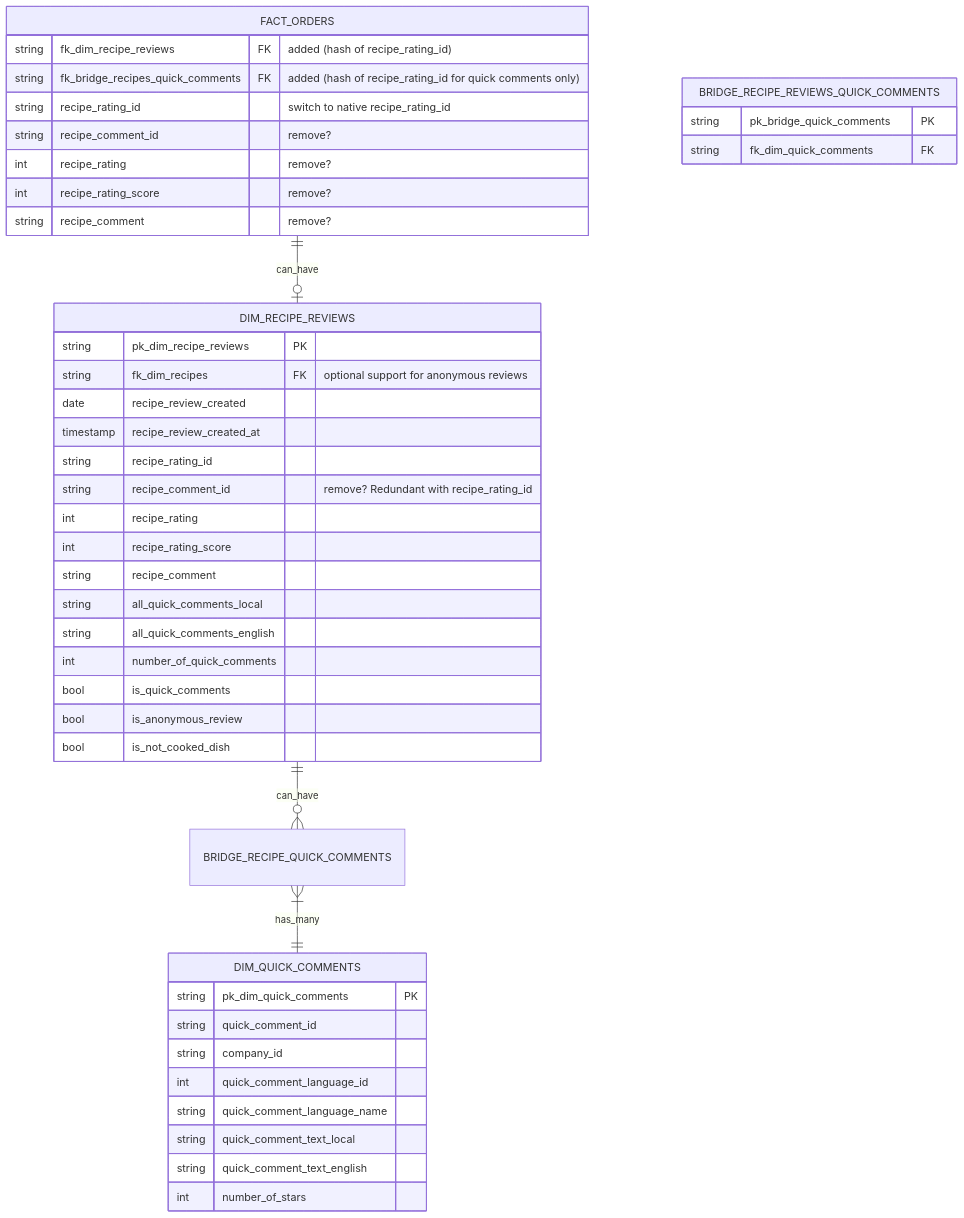
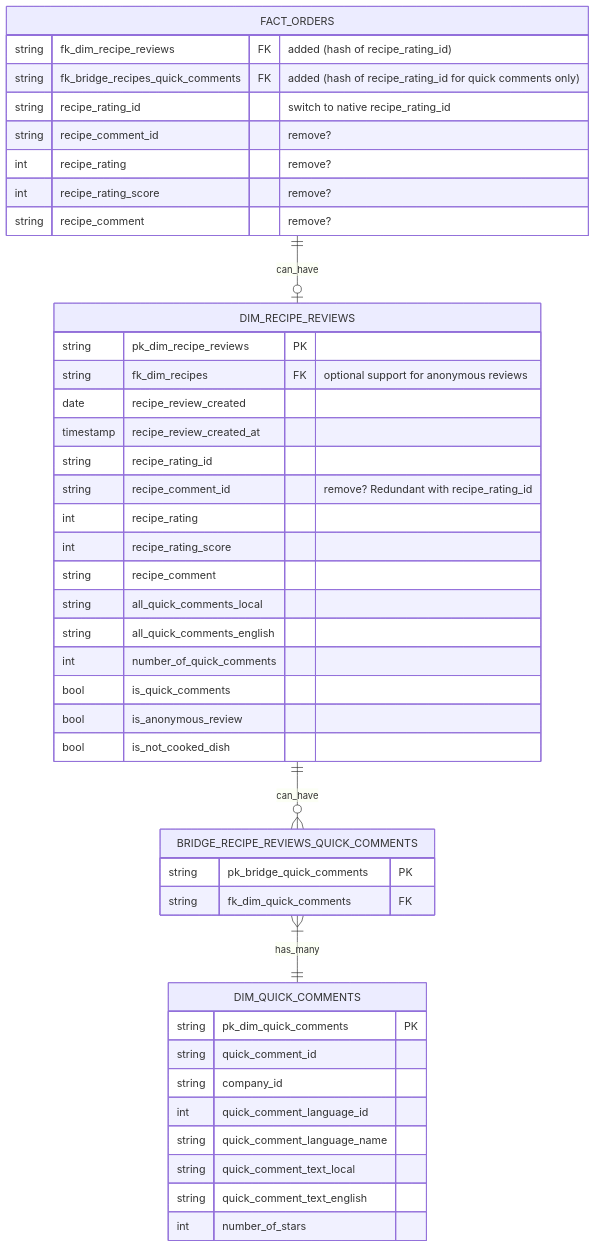
The diagram in add_reviews_to_pbi.md (comegrant/misc_doc), drawn with Mermaid before and after one commit.

````diff
--- a/add_reviews_to_pbi.md
+++ b/add_reviews_to_pbi.md
@@ -20,49 +20,49 @@
 ```mermaid
 erDiagram
 direction TB
 FACT_ORDERS ||--o| DIM_RECIPE_REVIEWS: can_have
-DIM_RECIPE_REVIEWS ||--o{ BRIDGE_RECIPE_QUICK_COMMENTS: can_have
-BRIDGE_RECIPE_QUICK_COMMENTS }|--|| DIM_QUICK_COMMENTS: has_many
+DIM_RECIPE_REVIEWS ||--o{ BRIDGE_RECIPE_REVIEWS_QUICK_COMMENTS: can_have
+BRIDGE_RECIPE_REVIEWS_QUICK_COMMENTS }|--|| DIM_QUICK_COMMENTS: has_many
 
 
 FACT_ORDERS {
     string fk_dim_recipe_reviews FK "added (hash of recipe_rating_id)"
     string fk_bridge_recipes_quick_comments FK "added (hash of recipe_rating_id for quick comments only)"
     string recipe_rating_id "switch to native recipe_rating_id"
     string recipe_comment_id "remove?"
     int recipe_rating "remove?"
     int recipe_rating_score "remove?"
     string recipe_comment "remove?"
 }
 DIM_RECIPE_REVIEWS {
     string pk_dim_recipe_reviews PK
     string fk_dim_recipes FK "optional support for anonymous reviews"
     date recipe_review_created
     timestamp recipe_review_created_at
     string recipe_rating_id
     string recipe_comment_id "remove? Redundant with recipe_rating_id"
     int recipe_rating
     int recipe_rating_score
     string recipe_comment
     string all_quick_comments_local
     string all_quick_comments_english
     int number_of_quick_comments
     bool is_quick_comments
     bool is_anonymous_review
     bool is_not_cooked_dish
 }
 BRIDGE_RECIPE_REVIEWS_QUICK_COMMENTS {
     string pk_bridge_quick_comments PK
     string fk_dim_quick_comments FK
 }
 DIM_QUICK_COMMENTS {
     string pk_dim_quick_comments PK
     string quick_comment_id 
     string company_id
     int quick_comment_language_id
     string quick_comment_language_name
     string quick_comment_text_local
     string quick_comment_text_english
     int number_of_stars
 }
 ```
````
